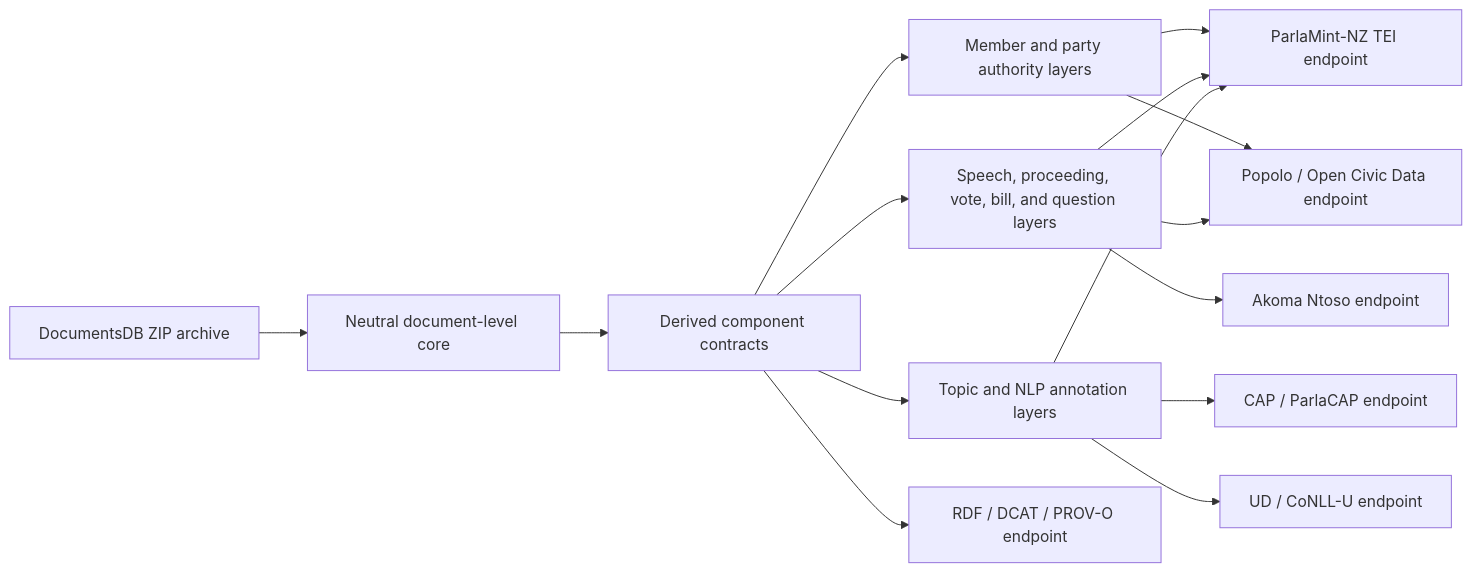
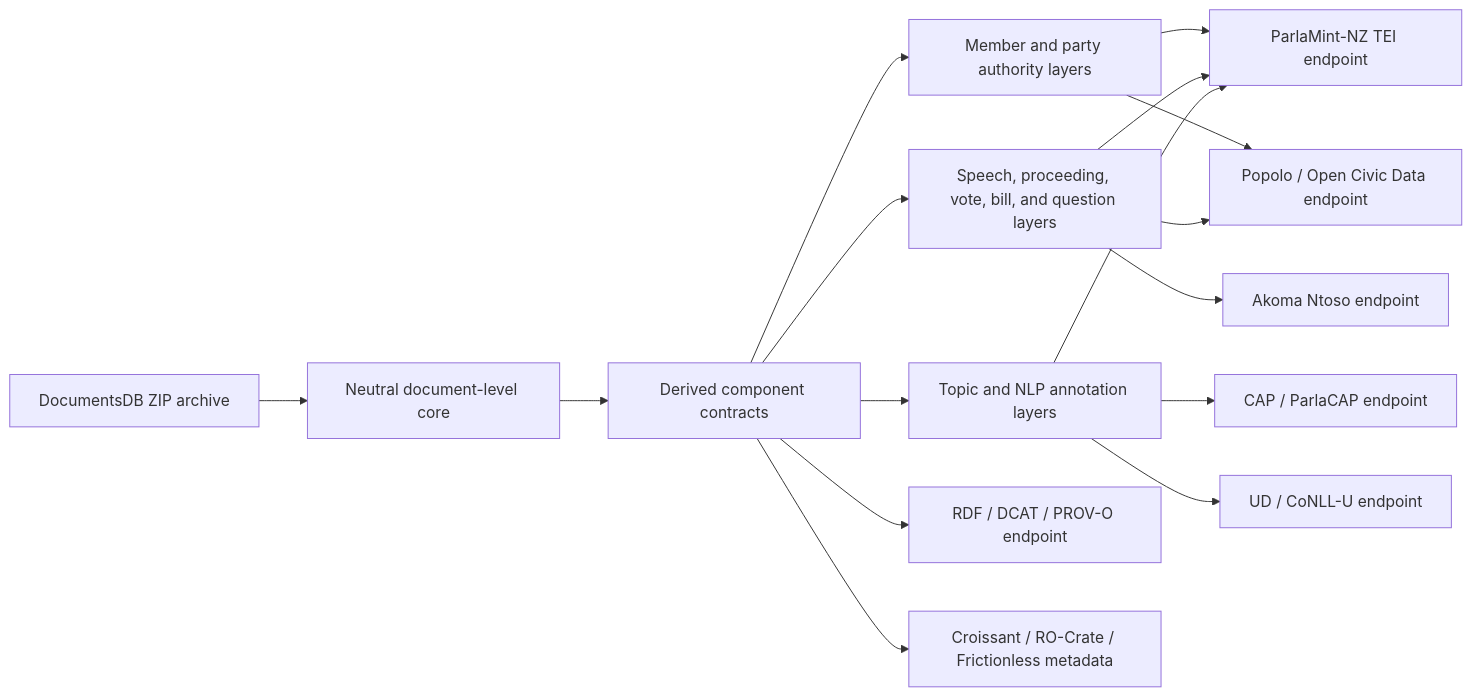
One commit to edithatogo/corpus-nz-hansard changed the diagram in docs/interoperability-design.md. Above: the diagram before and after it, drawn with Mermaid. The commit also changed other lines of this file and 6 other files, not shown here.

Commit message:
Extend interoperability roadmap hardening

````diff
--- a/docs/interoperability-design.md
+++ b/docs/interoperability-design.md
@@ -46,17 +51,18 @@
 ```mermaid
 flowchart LR
   A["DocumentsDB ZIP archive"] --> B["Neutral document-level core"]
   B --> C["Derived component contracts"]
   C --> D["Member and party authority layers"]
   C --> E["Speech, proceeding, vote, bill, and question layers"]
   C --> F["Topic and NLP annotation layers"]
   D --> G["ParlaMint-NZ TEI endpoint"]
   E --> G
   F --> G
   D --> H["Popolo / Open Civic Data endpoint"]
   E --> H
   E --> I["Akoma Ntoso endpoint"]
   F --> J["CAP / ParlaCAP endpoint"]
   F --> K["UD / CoNLL-U endpoint"]
   C --> L["RDF / DCAT / PROV-O endpoint"]
+  C --> M["Croissant / RO-Crate / Frictionless metadata"]
 ```
````
